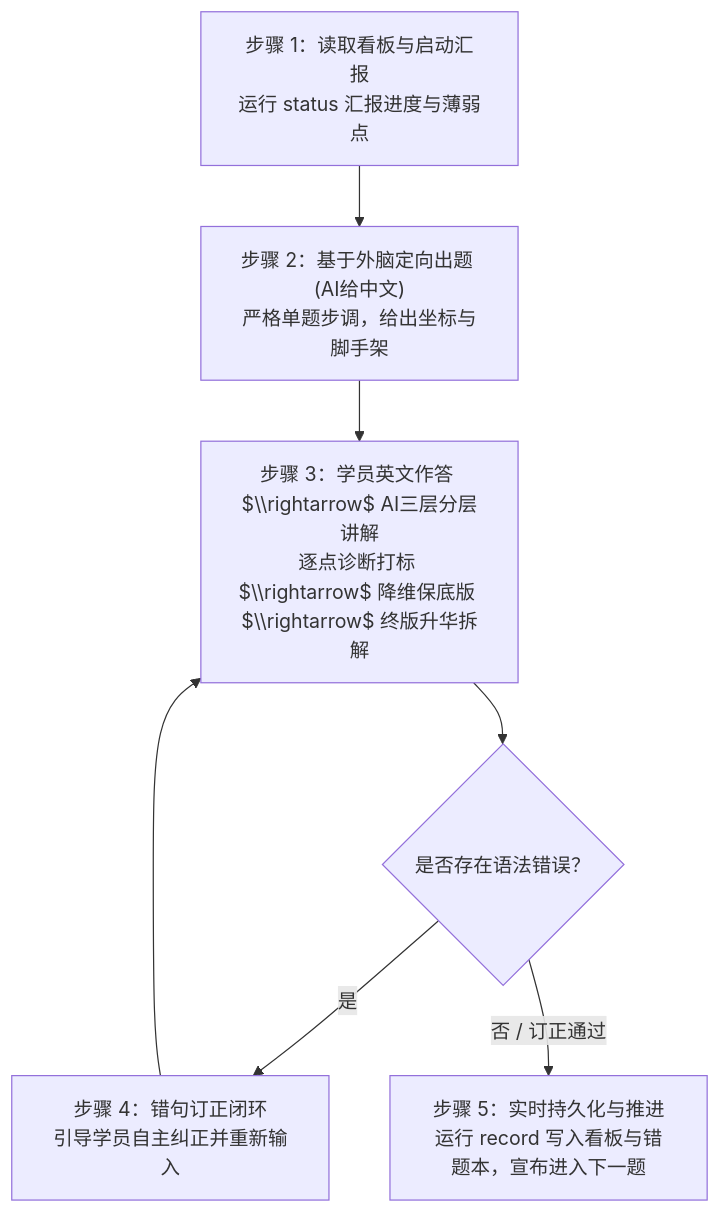
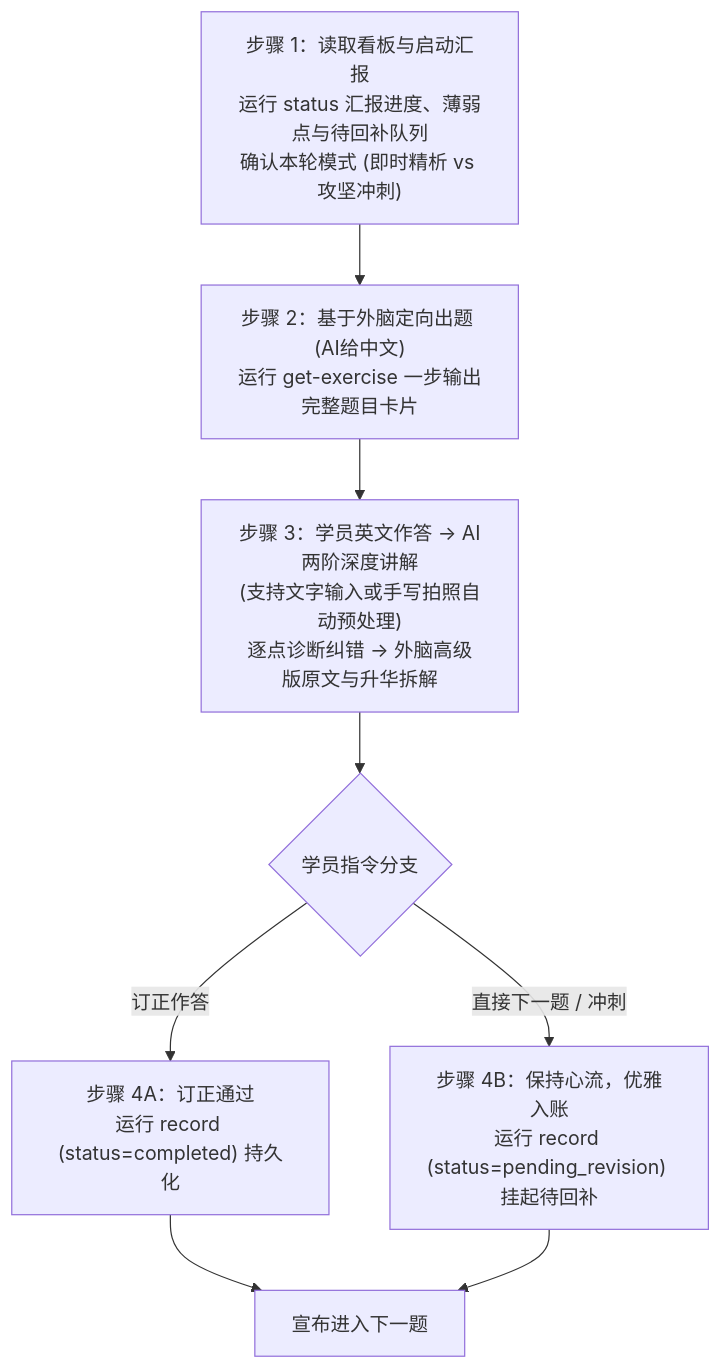
The diagram in SKILL.md (Fuchen-Xiaoxing/kaoyan-asset-consolidator), drawn with Mermaid before and after one commit. The commit also changed other lines of this file and 10 other files, not shown here.

````diff
--- a/SKILL.md
+++ b/SKILL.md
@@ -99,9 +102,10 @@
 ```mermaid
 flowchart TD
-    S1["步骤 1：读取看板与启动汇报\n运行 status 汇报进度与薄弱点"] --> S2["步骤 2：基于外脑定向出题 (AI给中文)\n严格单题步调，给出坐标与脚手架"]
-    S2 --> S3["步骤 3：学员英文作答 $\\rightarrow$ AI三层分层讲解\n逐点诊断打标 $\\rightarrow$ 降维保底版 $\\rightarrow$ 终版升华拆解"]
-    S3 --> S4{"是否存在语法错误？"}
-    S4 -- 是 --> S5["步骤 4：错句订正闭环\n引导学员自主纠正并重新输入"]
-    S5 --> S3
-    S4 -- 否 / 订正通过 --> S6["步骤 5：实时持久化与推进\n运行 record 写入看板与错题本，宣布进入下一题"]
+    S1["步骤 1：读取看板与启动汇报\n运行 status 汇报进度、薄弱点与待回补队列\n确认本轮模式 (即时精析 vs 攻坚冲刺)"] --> S2["步骤 2：基于外脑定向出题 (AI给中文)\n运行 get-exercise 一步输出完整题目卡片"]
+    S2 --> S3["步骤 3：学员英文作答 -> AI两阶深度讲解\n(支持文字输入或手写拍照自动预处理)\n逐点诊断纠错 -> 外脑高级版原文与升华拆解"]
+    S3 --> S4{"学员指令分支"}
+    S4 -- "订正作答" --> S5["步骤 4A：订正通过\n运行 record (status=completed) 持久化"]
+    S4 -- "直接下一题 / 冲刺" --> S6["步骤 4B：保持心流，优雅入账\n运行 record (status=pending_revision) 挂起待回补"]
+    S5 --> S7["宣布进入下一题"]
+    S6 --> S7
 ```
````
